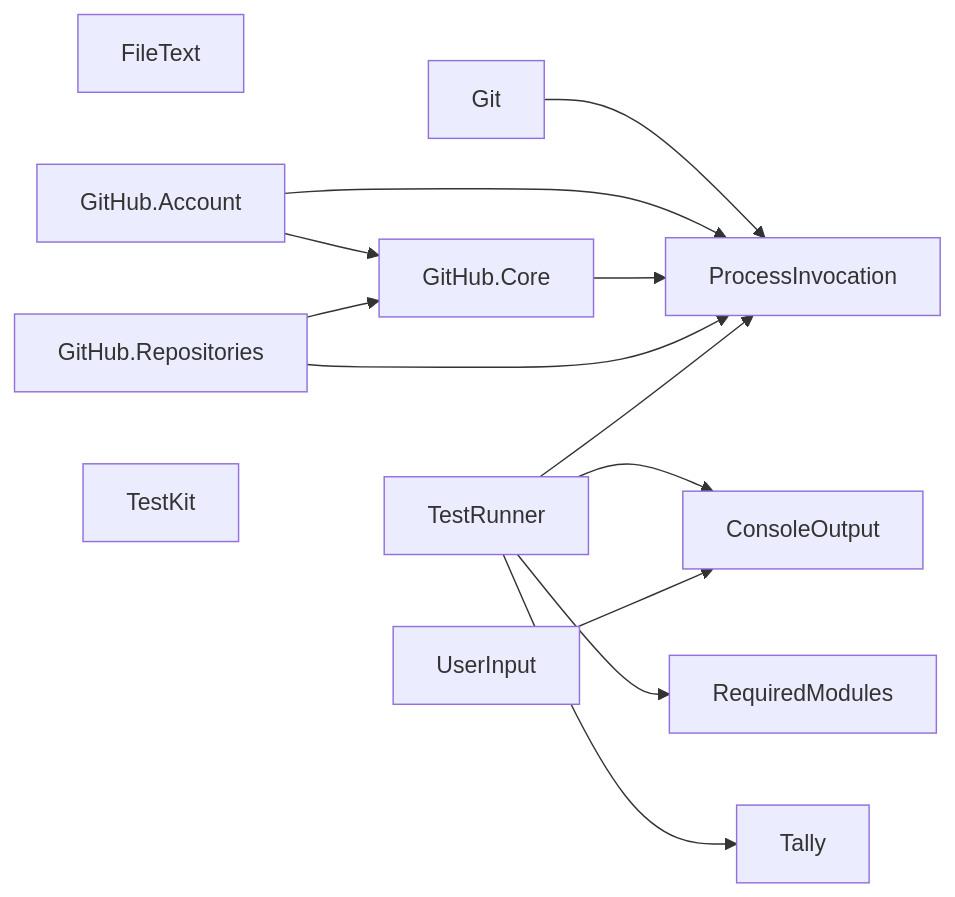
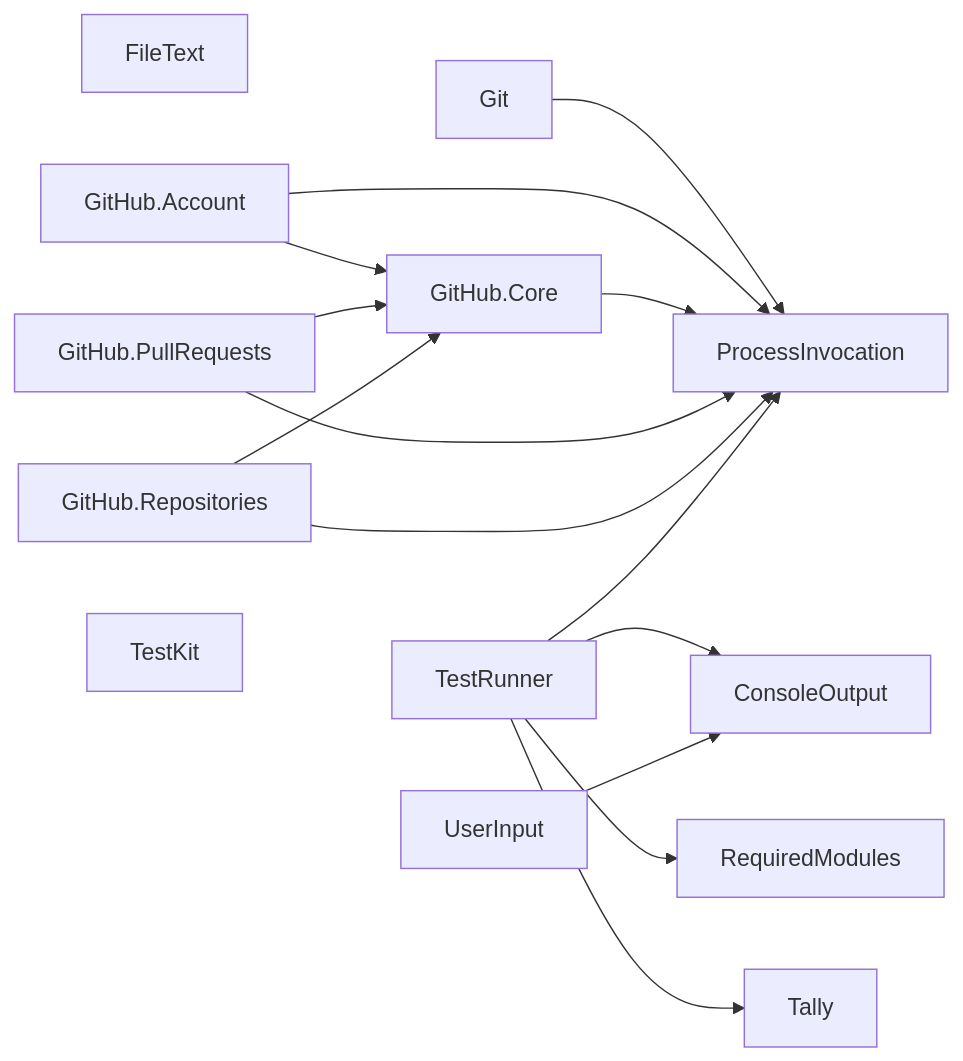
The diagram in README.md (TaffarelJr/powershell-modules), drawn with Mermaid before and after one commit. The commit also changed other lines of this file and 22 other files, not shown here.

First line of the commit message:
feat: add the TaffarelJr.GitHub.PullRequests module

````diff
--- a/README.md
+++ b/README.md
@@ -35,27 +36,30 @@
 ```mermaid
 graph LR
     ConsoleOutput["ConsoleOutput"]
     FileText["FileText"]
     Git["Git"]
     GitHubAccount["GitHub.Account"]
     GitHubCore["GitHub.Core"]
+    GitHubPullRequests["GitHub.PullRequests"]
     GitHubRepositories["GitHub.Repositories"]
     ProcessInvocation["ProcessInvocation"]
     RequiredModules["RequiredModules"]
     Tally["Tally"]
     TestKit["TestKit"]
     TestRunner["TestRunner"]
     UserInput["UserInput"]
 
     Git --> ProcessInvocation
     GitHubAccount --> GitHubCore
     GitHubAccount --> ProcessInvocation
     GitHubCore --> ProcessInvocation
+    GitHubPullRequests --> GitHubCore
+    GitHubPullRequests --> ProcessInvocation
     GitHubRepositories --> GitHubCore
     GitHubRepositories --> ProcessInvocation
     TestRunner --> ConsoleOutput
     TestRunner --> ProcessInvocation
     TestRunner --> RequiredModules
     TestRunner --> Tally
     UserInput --> ConsoleOutput
 ```
````
